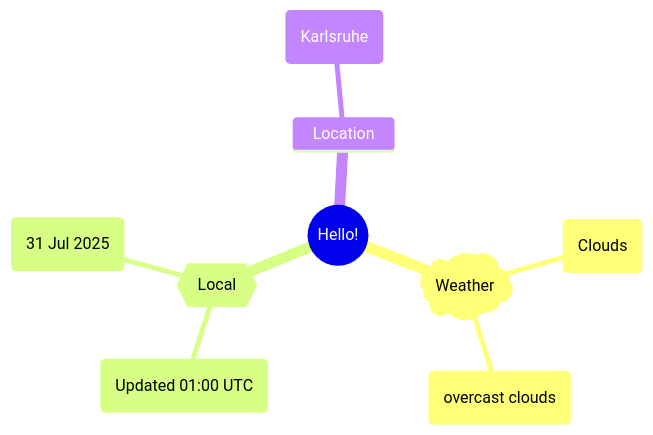
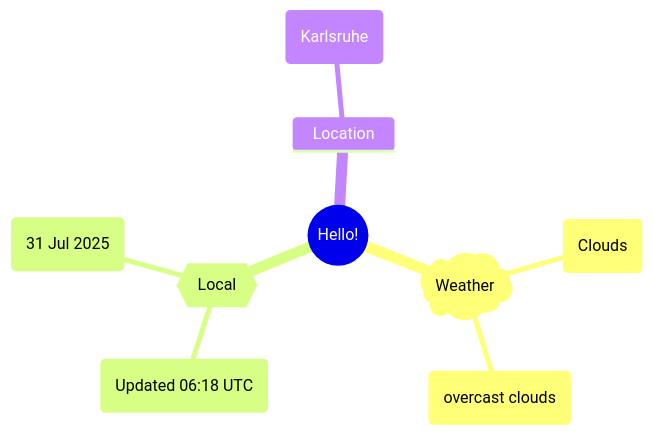
The first of 2 diagrams in README.md (Xosrov/Xosrov), drawn with Mermaid before and after one commit.

Commit message:
[bot] updated images

````diff
--- a/README.md
+++ b/README.md
@@ -3,12 +3,12 @@
 ```mermaid
 mindmap
   root((Hello!))
     )Weather(
         (Clouds)
         (overcast clouds)
     {{Local}}
-        (Updated 01:00 UTC)
+        (Updated 06:18 UTC)
         (31 Jul 2025)
     Location
         (Karlsruhe)
 ```
````
